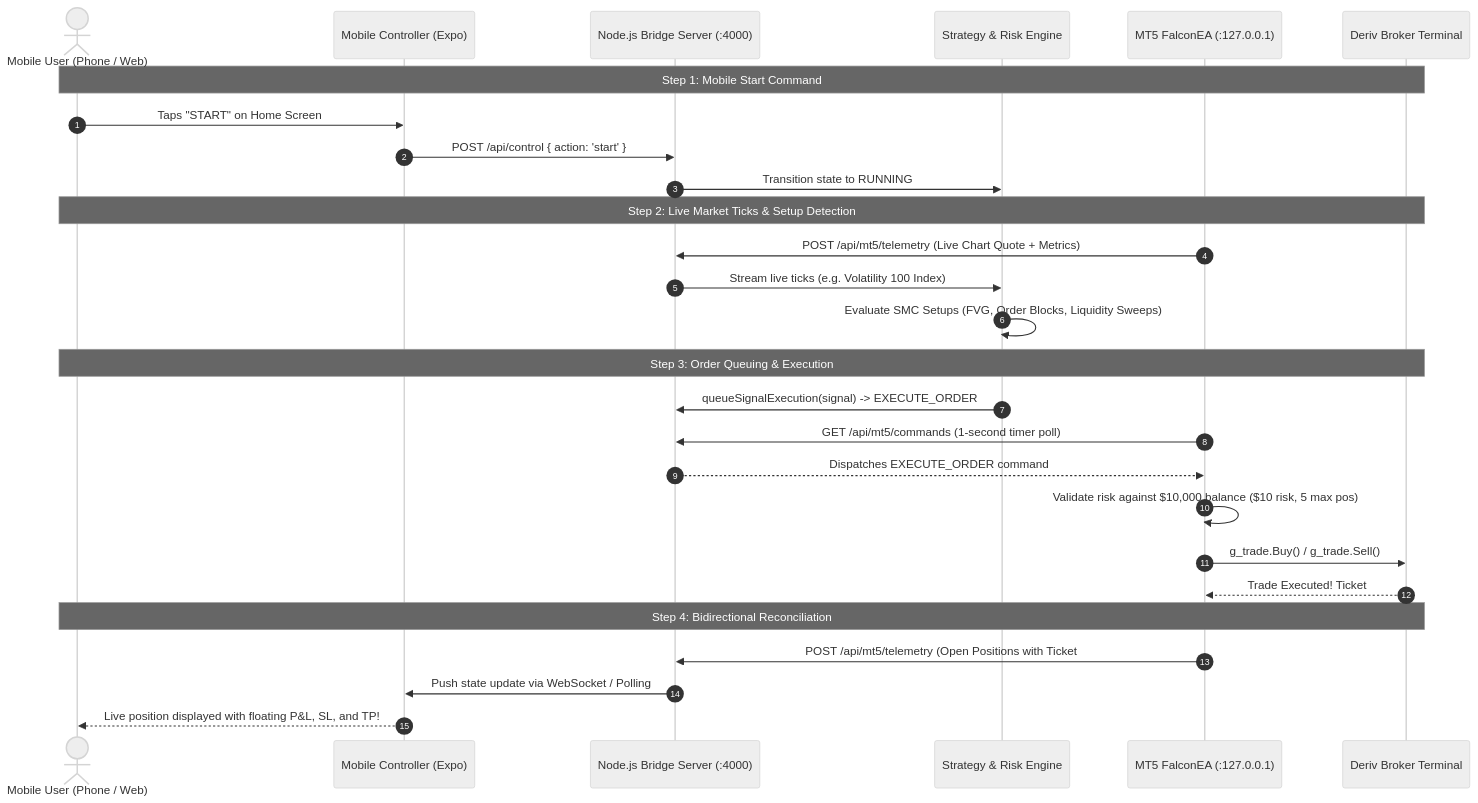
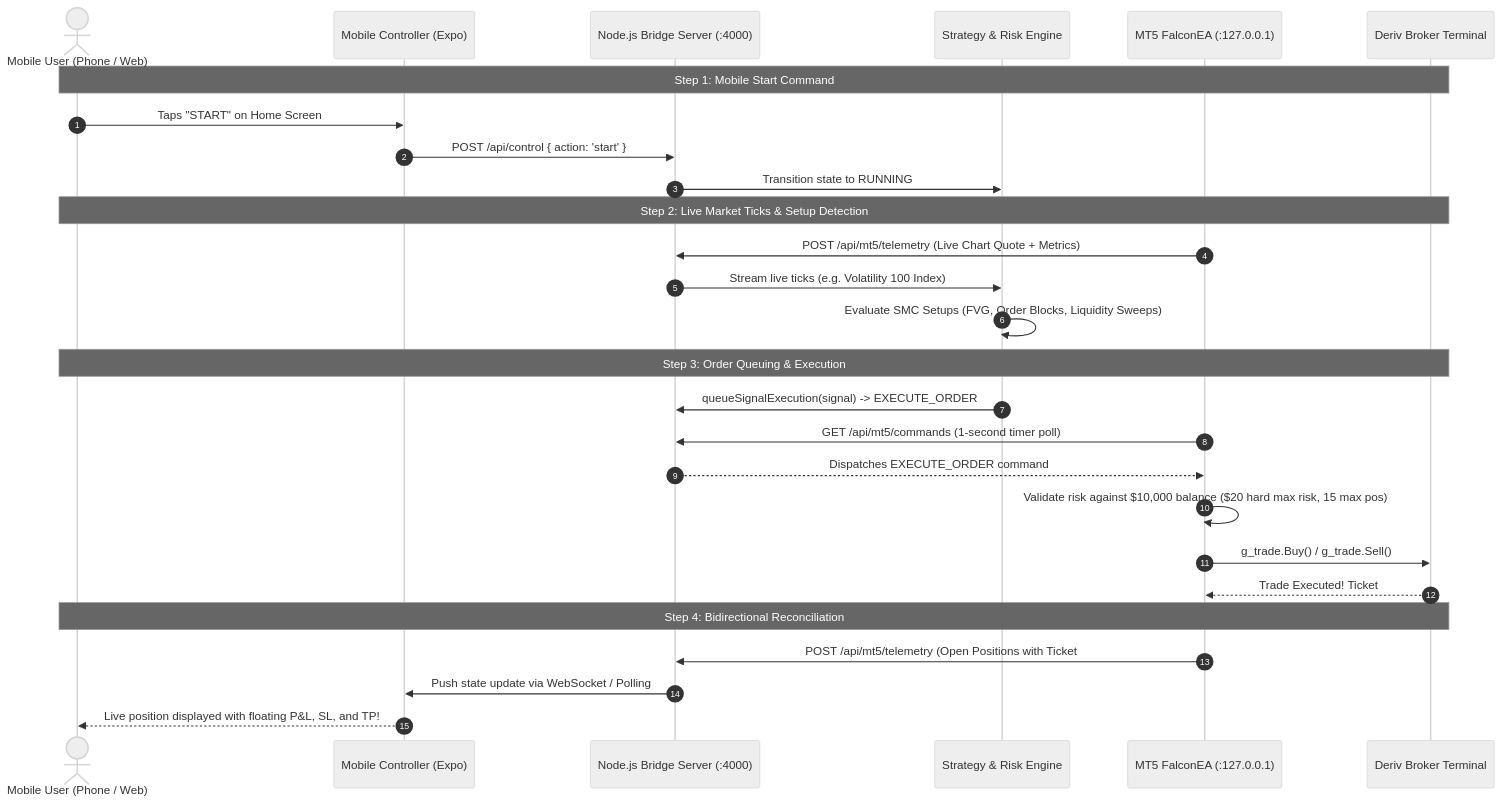
One commit to thulanesigasa/derived-arbitage changed the diagram in README.md. Above: the diagram before and after it, drawn with Mermaid (neutral theme). The commit also changed other lines of this file and 9 other files, not shown here.

First line of the commit message:
feat(strategy): expand execution capacity to 15 concurrent trades with hard max risk sizing

````diff
--- a/README.md
+++ b/README.md
@@ -578,33 +594,33 @@
 ```mermaid
 sequenceDiagram
     autonumber
     actor Trader as Mobile User (Phone / Web)
     participant UI as Mobile Controller (Expo)
     participant Bridge as Node.js Bridge Server (:4000)
     participant Engine as Strategy & Risk Engine
     participant FalconEA as MT5 FalconEA (:127.0.0.1)
     participant Broker as Deriv Broker Terminal
 
     Note over Trader,Broker: Step 1: Mobile Start Command
     Trader->>UI: Taps "START" on Home Screen
     UI->>Bridge: POST /api/control { action: 'start' }
     Bridge->>Engine: Transition state to RUNNING
 
     Note over Trader,Broker: Step 2: Live Market Ticks & Setup Detection
     FalconEA->>Bridge: POST /api/mt5/telemetry (Live Chart Quote + Metrics)
     Bridge->>Engine: Stream live ticks (e.g. Volatility 100 Index)
     Engine->>Engine: Evaluate SMC Setups (FVG, Order Blocks, Liquidity Sweeps)
 
     Note over Trader,Broker: Step 3: Order Queuing & Execution
     Engine->>Bridge: queueSignalExecution(signal) -> EXECUTE_ORDER
     FalconEA->>Bridge: GET /api/mt5/commands (1-second timer poll)
     Bridge-->>FalconEA: Dispatches EXECUTE_ORDER command
-    FalconEA->>FalconEA: Validate risk against $10,000 balance ($10 risk, 5 max pos)
+    FalconEA->>FalconEA: Validate risk against $10,000 balance ($20 hard max risk, 15 max pos)
     FalconEA->>Broker: g_trade.Buy() / g_trade.Sell()
     Broker-->>FalconEA: Trade Executed! Ticket #123456789
 
     Note over Trader,Broker: Step 4: Bidirectional Reconciliation
     FalconEA->>Bridge: POST /api/mt5/telemetry (Open Positions with Ticket #)
     Bridge->>UI: Push state update via WebSocket / Polling
     UI-->>Trader: Live position displayed with floating P&L, SL, and TP!
 ```
````
